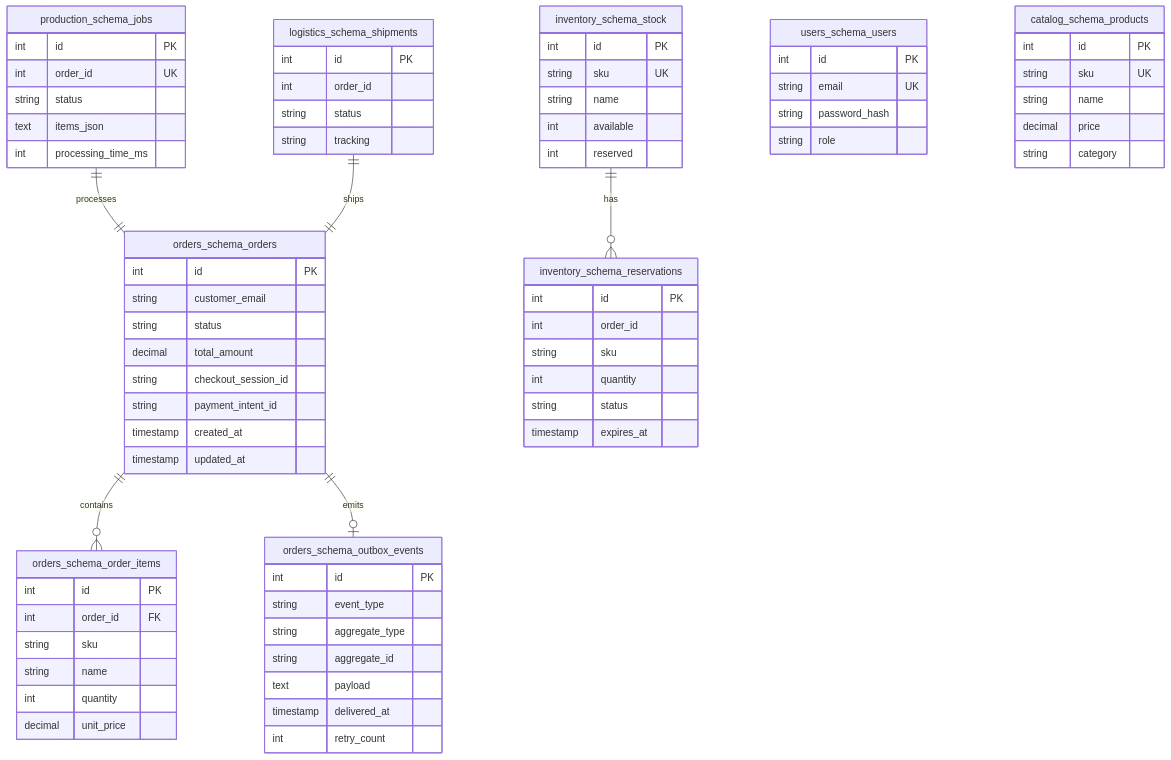
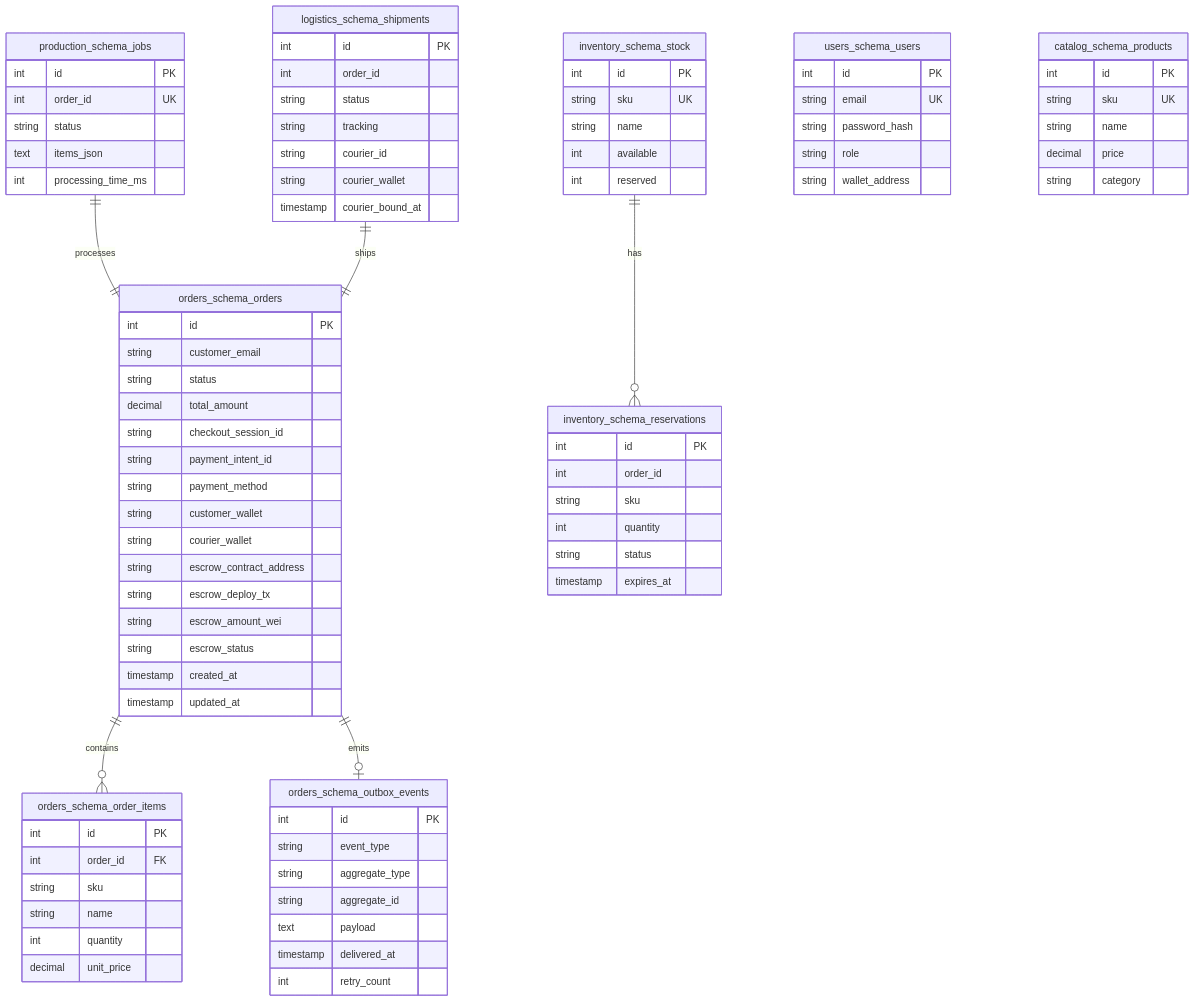
The seventh of 9 diagrams in docs/ARCHITECTURE.md (PolovinaD/posters-shop), drawn with Mermaid before and after one commit. The commit also changed other lines of this file and 8 other files, not shown here.

Commit message:
docs: escrow, Ganache and courier binding in the docs/ reference

```diff
--- a/docs/ARCHITECTURE.md
+++ b/docs/ARCHITECTURE.md
@@ -255,6 +312,13 @@
         decimal total_amount
         string checkout_session_id
         string payment_intent_id
+        string payment_method
+        string customer_wallet
+        string courier_wallet
+        string escrow_contract_address
+        string escrow_deploy_tx
+        string escrow_amount_wei
+        string escrow_status
         timestamp created_at
         timestamp updated_at
     }
@@ -308,6 +372,9 @@
         int order_id
         string status
         string tracking
+        string courier_id
+        string courier_wallet
+        timestamp courier_bound_at
     }
     
     users_schema_users {
@@ -315,6 +382,7 @@
         string email UK
         string password_hash
         string role
+        string wallet_address
     }
     
     catalog_schema_products {
```
